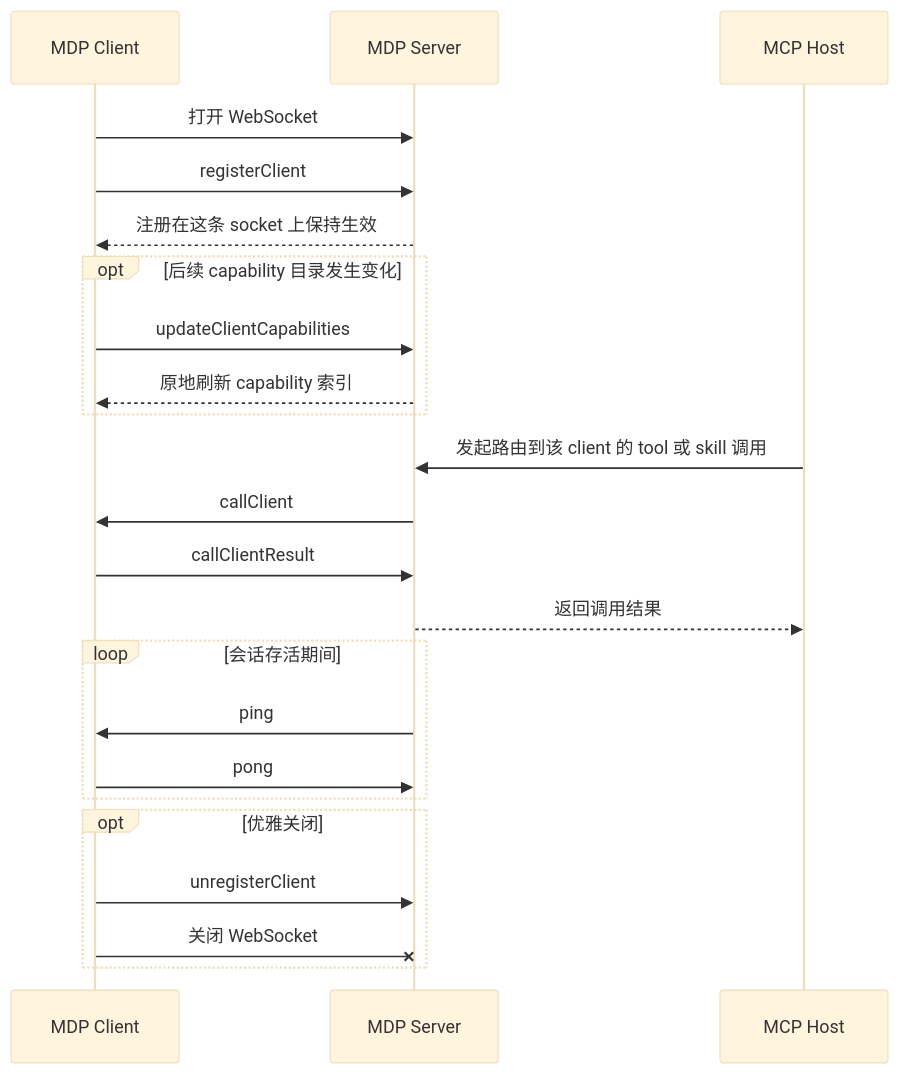
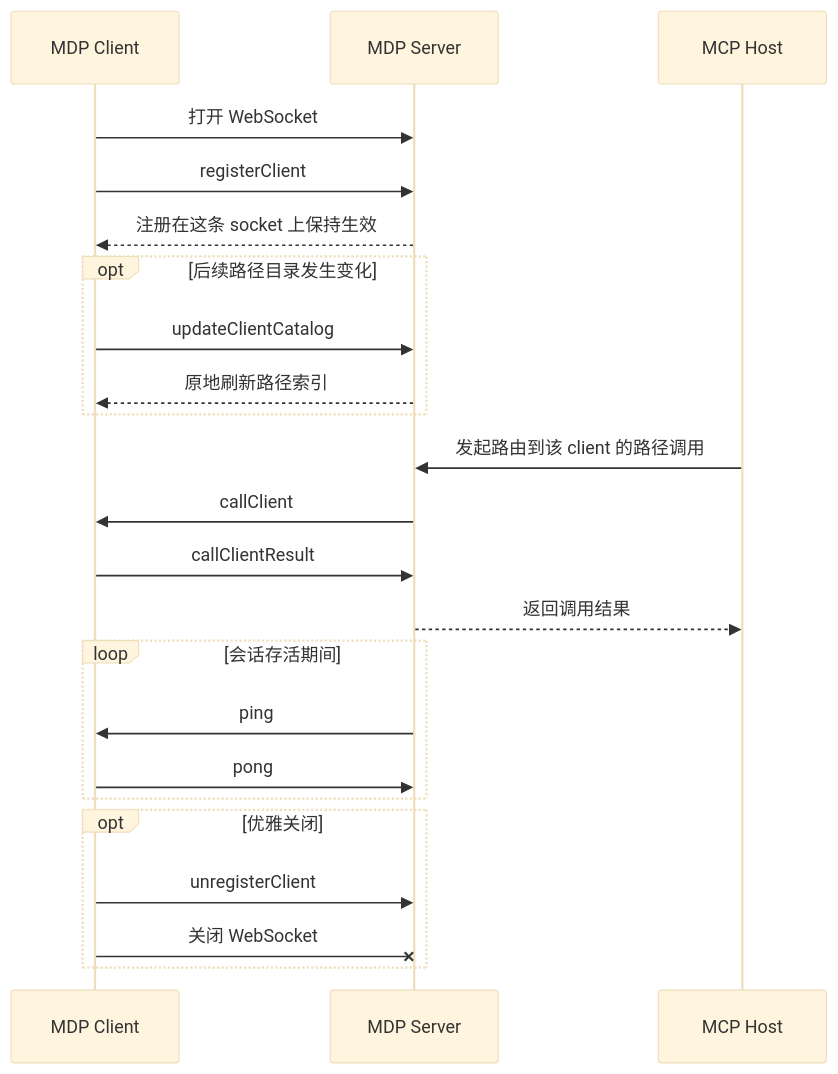
Before and after one commit to modeldriveprotocol/modeldriveprotocol: the diagram in docs/zh-Hans/server/api/websocket-connection.md, drawn with Mermaid (base theme). The commit also changed other lines of this file and 60 other files, not shown here.

````diff
--- a/docs/zh-Hans/server/api/websocket-connection.md
+++ b/docs/zh-Hans/server/api/websocket-connection.md
@@ -64,30 +64,30 @@
 ```mermaid
 sequenceDiagram
   participant Client as MDP Client
   participant Server as MDP Server
   participant Host as MCP Host
 
   Client->>Server: 打开 WebSocket
   Client->>Server: registerClient
   Server-->>Client: 注册在这条 socket 上保持生效
 
-  opt 后续 capability 目录发生变化
-    Client->>Server: updateClientCapabilities
-    Server-->>Client: 原地刷新 capability 索引
+  opt 后续路径目录发生变化
+    Client->>Server: updateClientCatalog
+    Server-->>Client: 原地刷新路径索引
   end
 
-  Host->>Server: 发起路由到该 client 的 tool 或 skill 调用
+  Host->>Server: 发起路由到该 client 的路径调用
   Server->>Client: callClient
   Client->>Server: callClientResult
   Server-->>Host: 返回调用结果
 
   loop 会话存活期间
     Server->>Client: ping
     Client->>Server: pong
   end
 
   opt 优雅关闭
     Client->>Server: unregisterClient
     Client-xServer: 关闭 WebSocket
   end
 ```
````
